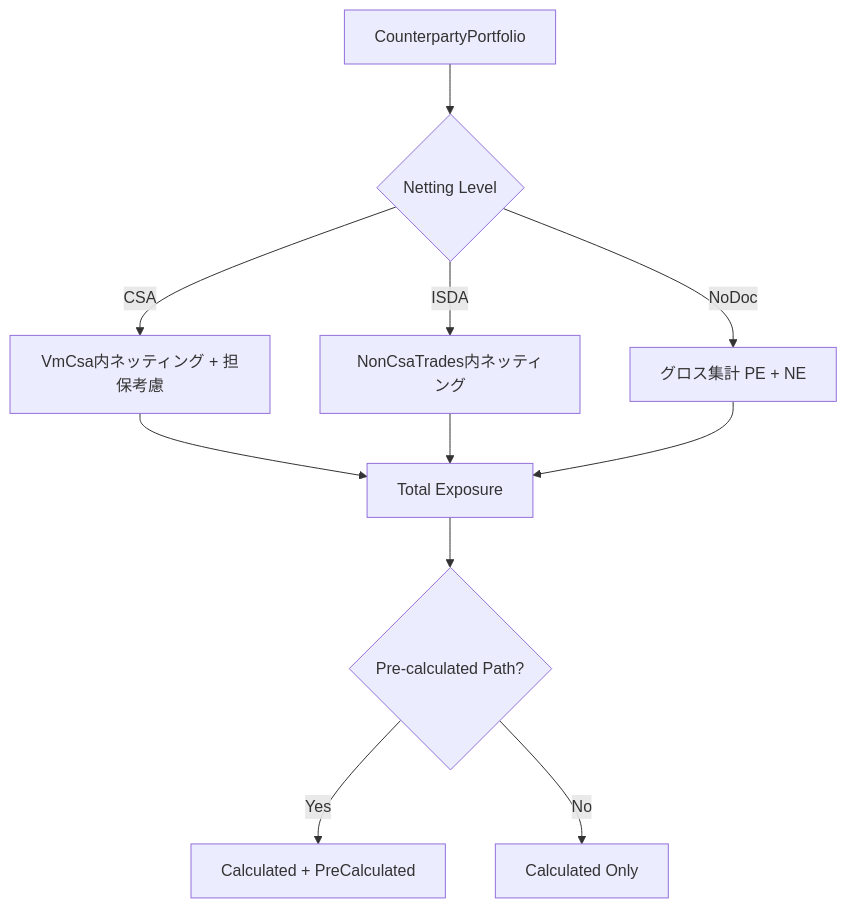
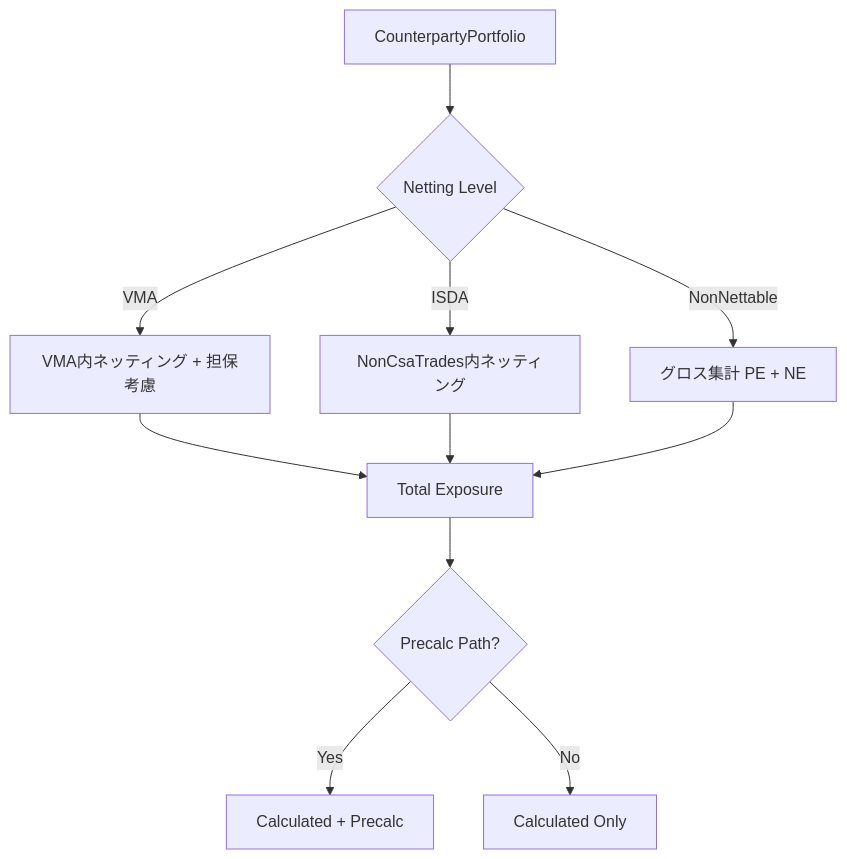
One commit to neutryx-lab/neutryx-rust changed the third of 4 diagrams in .kiro/specs/portfolio-book-model/design.md. Above: the diagram before and after it, drawn with Mermaid. The commit also changed other lines of this file and 10 other files, not shown here.

````diff
--- a/.kiro/specs/portfolio-book-model/design.md
+++ b/.kiro/specs/portfolio-book-model/design.md
@@ -118,15 +118,15 @@
 ```mermaid
 flowchart TD
     A[CounterpartyPortfolio] --> B{Netting Level}
-    B -->|CSA| C[VmCsa内ネッティング + 担保考慮]
+    B -->|VMA| C[VMA内ネッティング + 担保考慮]
     B -->|ISDA| D[NonCsaTrades内ネッティング]
-    B -->|NoDoc| E[グロス集計 PE + NE]
+    B -->|NonNettable| E[グロス集計 PE + NE]
 
     C --> F[Total Exposure]
     D --> F
     E --> F
 
-    F --> G{Pre-calculated Path?}
-    G -->|Yes| H[Calculated + PreCalculated]
+    F --> G{Precalc Path?}
+    G -->|Yes| H[Calculated + Precalc]
     G -->|No| I[Calculated Only]
 ```
````
